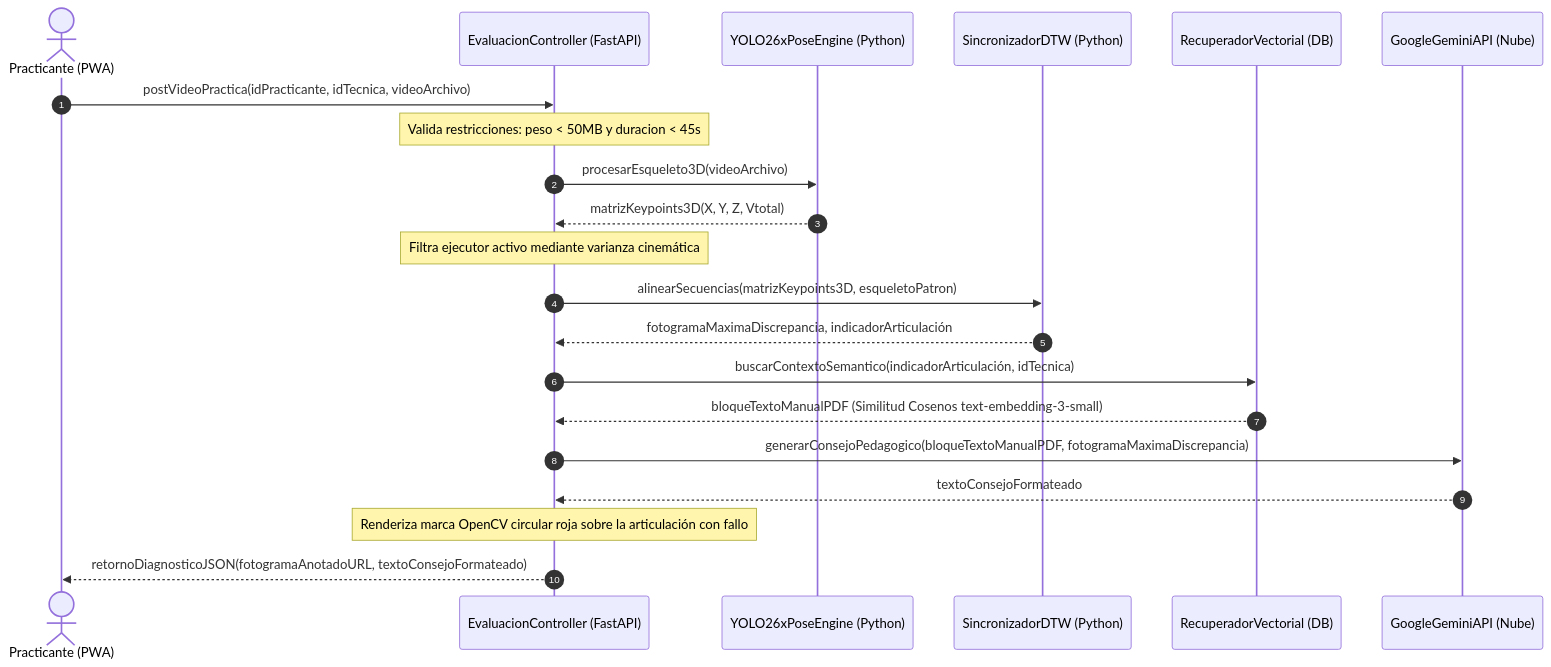
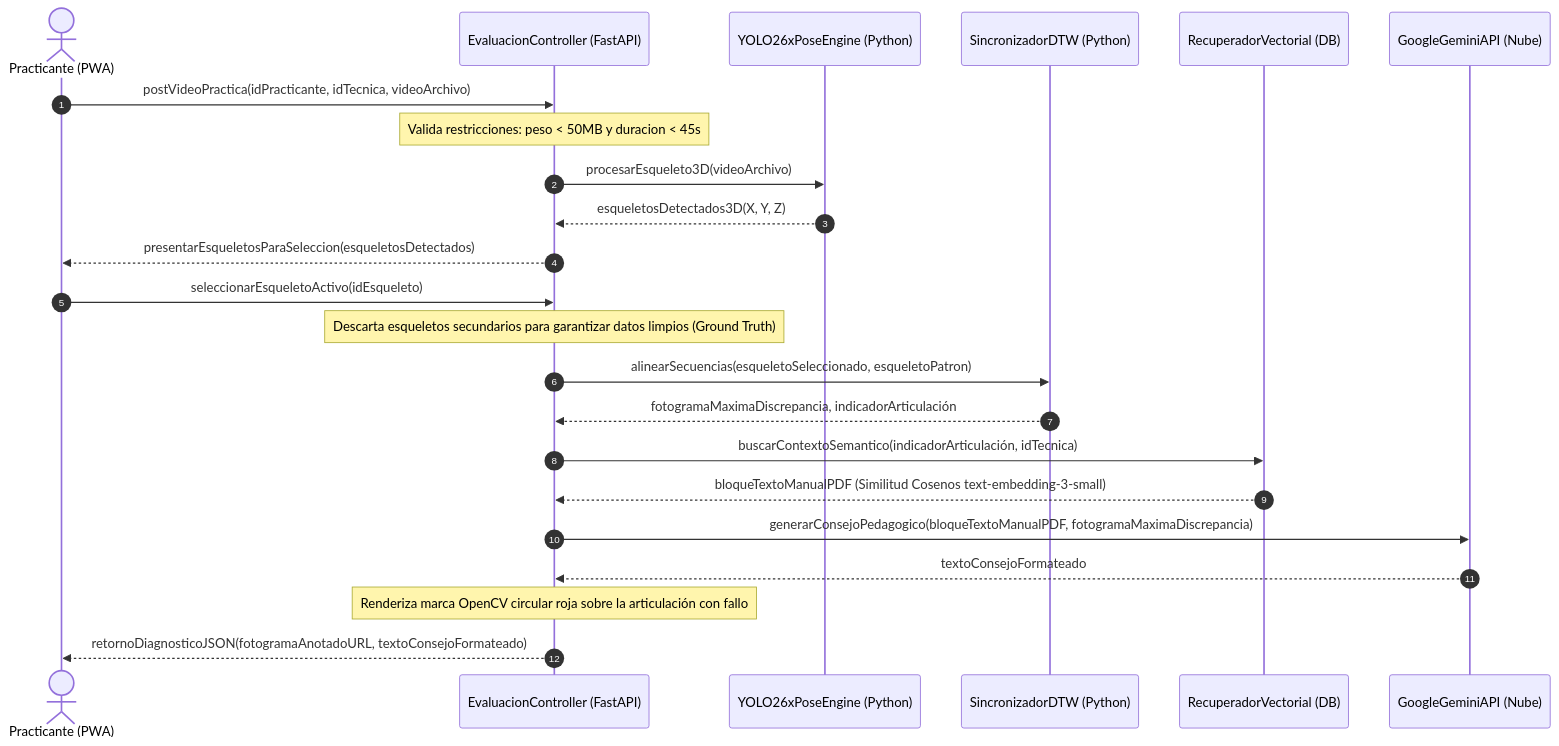
One commit to Tsmrain/JiuJitsu changed the sixth of 6 diagrams in README.md. Above: the diagram before and after it, drawn with Mermaid. The commit also changed other lines of this file, not shown here.

````diff
--- a/README.md
+++ b/README.md
@@ -518,24 +504,26 @@
 ```mermaid
 sequenceDiagram
     autonumber
     actor P as Practicante (PWA)
     participant C as EvaluacionController (FastAPI)
     participant V as YOLO26xPoseEngine (Python)
     participant D as SincronizadorDTW (Python)
     participant R as RecuperadorVectorial (DB)
     participant G as GoogleGeminiAPI (Nube)
 
     P->>C: postVideoPractica(idPracticante, idTecnica, videoArchivo)
     Note over C: Valida restricciones: peso < 50MB y duracion < 45s
     C->>V: procesarEsqueleto3D(videoArchivo)
-    V-->>C: matrizKeypoints3D(X, Y, Z, Vtotal)
-    Note over C: Filtra ejecutor activo mediante varianza cinemática
-    C->>D: alinearSecuencias(matrizKeypoints3D, esqueletoPatron)
+    V-->>C: esqueletosDetectados3D(X, Y, Z)
+    C-->>P: presentarEsqueletosParaSeleccion(esqueletosDetectados)
+    P->>C: seleccionarEsqueletoActivo(idEsqueleto)
+    Note over C: Descarta esqueletos secundarios para garantizar datos limpios (Ground Truth)
+    C->>D: alinearSecuencias(esqueletoSeleccionado, esqueletoPatron)
     D-->>C: fotogramaMaximaDiscrepancia, indicadorArticulación
     C->>R: buscarContextoSemantico(indicadorArticulación, idTecnica)
     R-->>C: bloqueTextoManualPDF (Similitud Cosenos text-embedding-3-small)
     C->>G: generarConsejoPedagogico(bloqueTextoManualPDF, fotogramaMaximaDiscrepancia)
     G-->>C: textoConsejoFormateado
     Note over C: Renderiza marca OpenCV circular roja sobre la articulación con fallo
     C-->>P: retornoDiagnosticoJSON(fotogramaAnotadoURL, textoConsejoFormateado)
 ```
````
